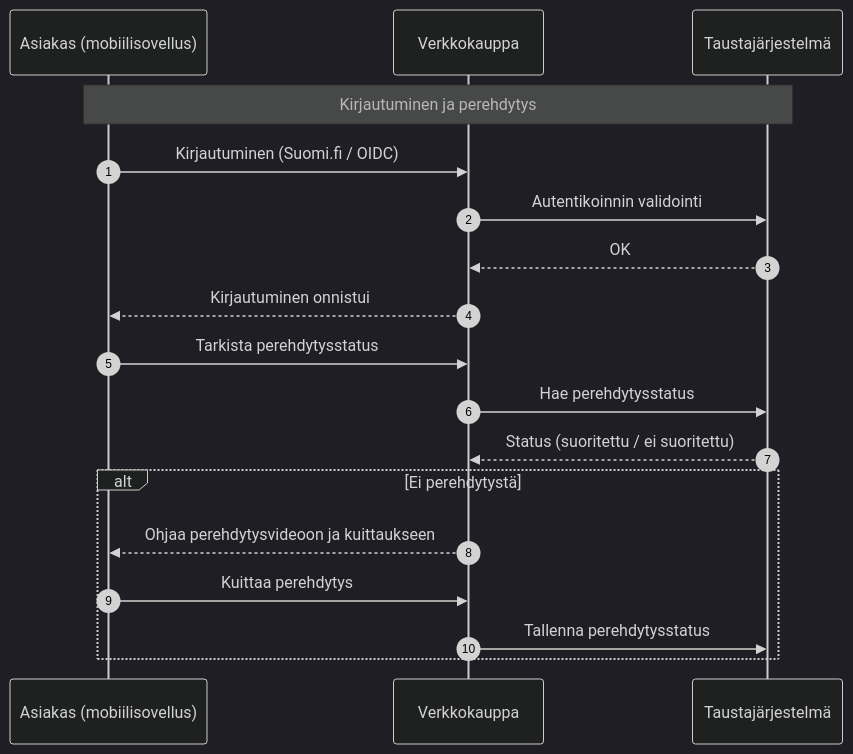
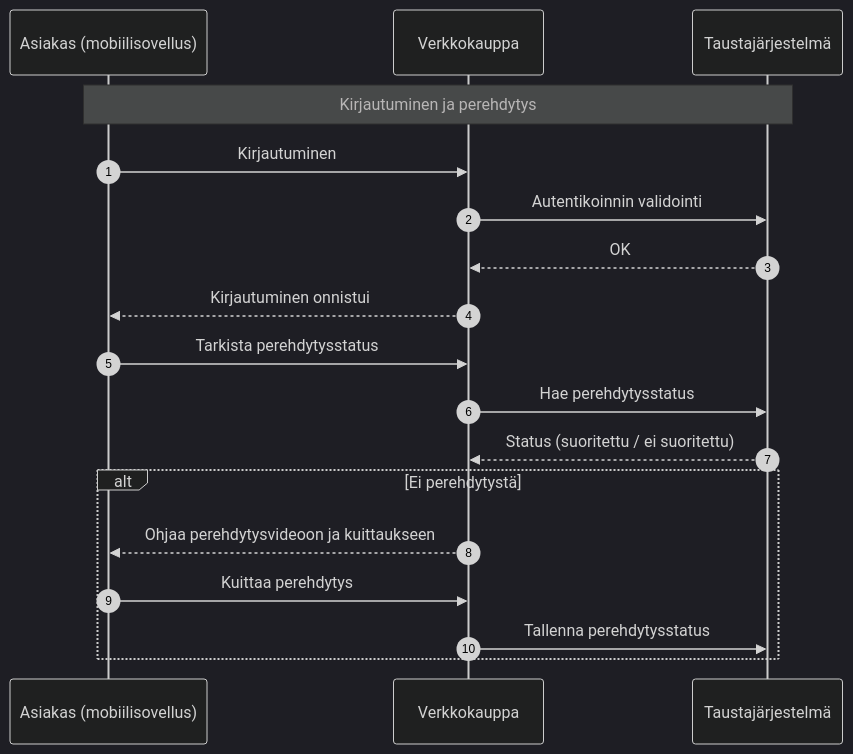
Before and after one commit to harri-hytonen/waste-compactor-api: the diagram in mermaid/01-kirjautuminen-ja-perehdytys.mmd, drawn with Mermaid (dark theme). The commit also changed 6 other files, not shown here.

```diff
--- a/mermaid/01-kirjautuminen-ja-perehdytys.mmd
+++ b/mermaid/01-kirjautuminen-ja-perehdytys.mmd
@@ -1,19 +1,19 @@
 sequenceDiagram
     autonumber
     participant A as Asiakas (mobiilisovellus)
     participant V as Verkkokauppa
     participant T as Taustajärjestelmä
 
     Note over A,T: Kirjautuminen ja perehdytys
-    A->>V: Kirjautuminen (Suomi.fi / OIDC)
+    A->>V: Kirjautuminen
     V->>T: Autentikoinnin validointi
     T-->>V: OK
     V-->>A: Kirjautuminen onnistui
     A->>V: Tarkista perehdytysstatus
     V->>T: Hae perehdytysstatus
     T-->>V: Status (suoritettu / ei suoritettu)
     alt Ei perehdytystä
         V-->>A: Ohjaa perehdytysvideoon ja kuittaukseen
         A->>V: Kuittaa perehdytys
         V->>T: Tallenna perehdytysstatus
     end
```
